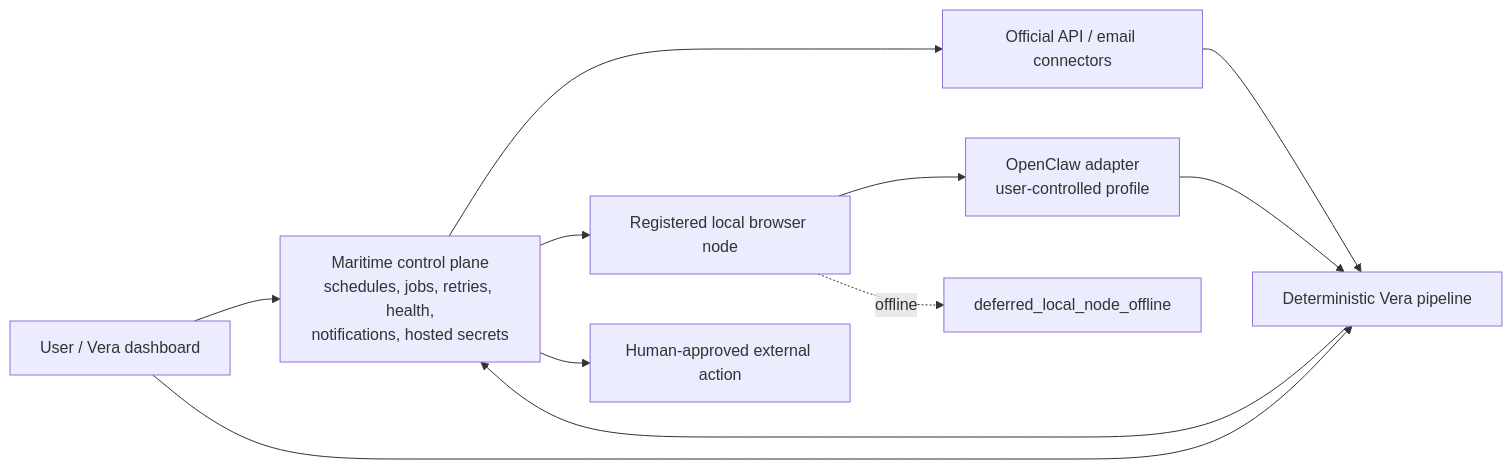
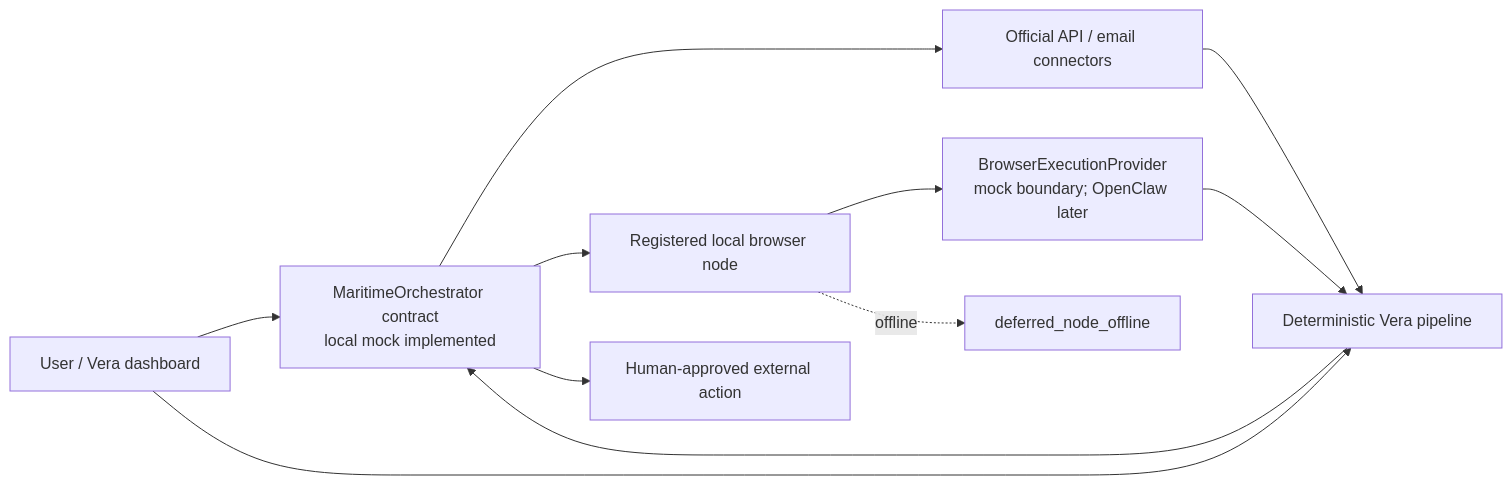
One commit to zukhriddingit/VeraAI changed the first of 3 diagrams in docs/ARCHITECTURE.md. Above: the diagram before and after it, drawn with Mermaid. The commit also changed other lines of this file and 4 other files, not shown here.

````diff
--- a/docs/ARCHITECTURE.md
+++ b/docs/ARCHITECTURE.md
@@ -38,22 +39,22 @@
 ```mermaid
 flowchart LR
     User["User / Vera dashboard"]
-    Maritime["Maritime control plane<br/>schedules, jobs, retries, health,<br/>notifications, hosted secrets"]
+    Maritime["MaritimeOrchestrator contract<br/>local mock implemented"]
     API["Official API / email connectors"]
     Node["Registered local browser node"]
-    OpenClaw["OpenClaw adapter<br/>user-controlled profile"]
+    OpenClaw["BrowserExecutionProvider<br/>mock boundary; OpenClaw later"]
     Pipeline["Deterministic Vera pipeline"]
-    Deferred["deferred_local_node_offline"]
+    Deferred["deferred_node_offline"]
     Actions["Human-approved external action"]
 
     User --> Maritime
     Maritime --> API
     Maritime --> Node
     Node --> OpenClaw
     Node -. offline .-> Deferred
     API --> Pipeline
     OpenClaw --> Pipeline
     User --> Pipeline
     Pipeline --> Maritime
     Maritime --> Actions
 ```
````
